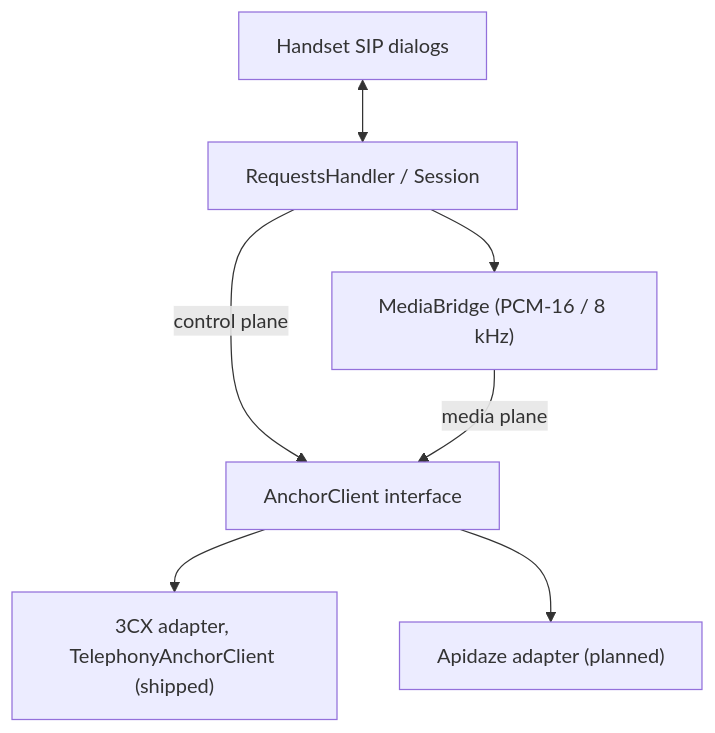
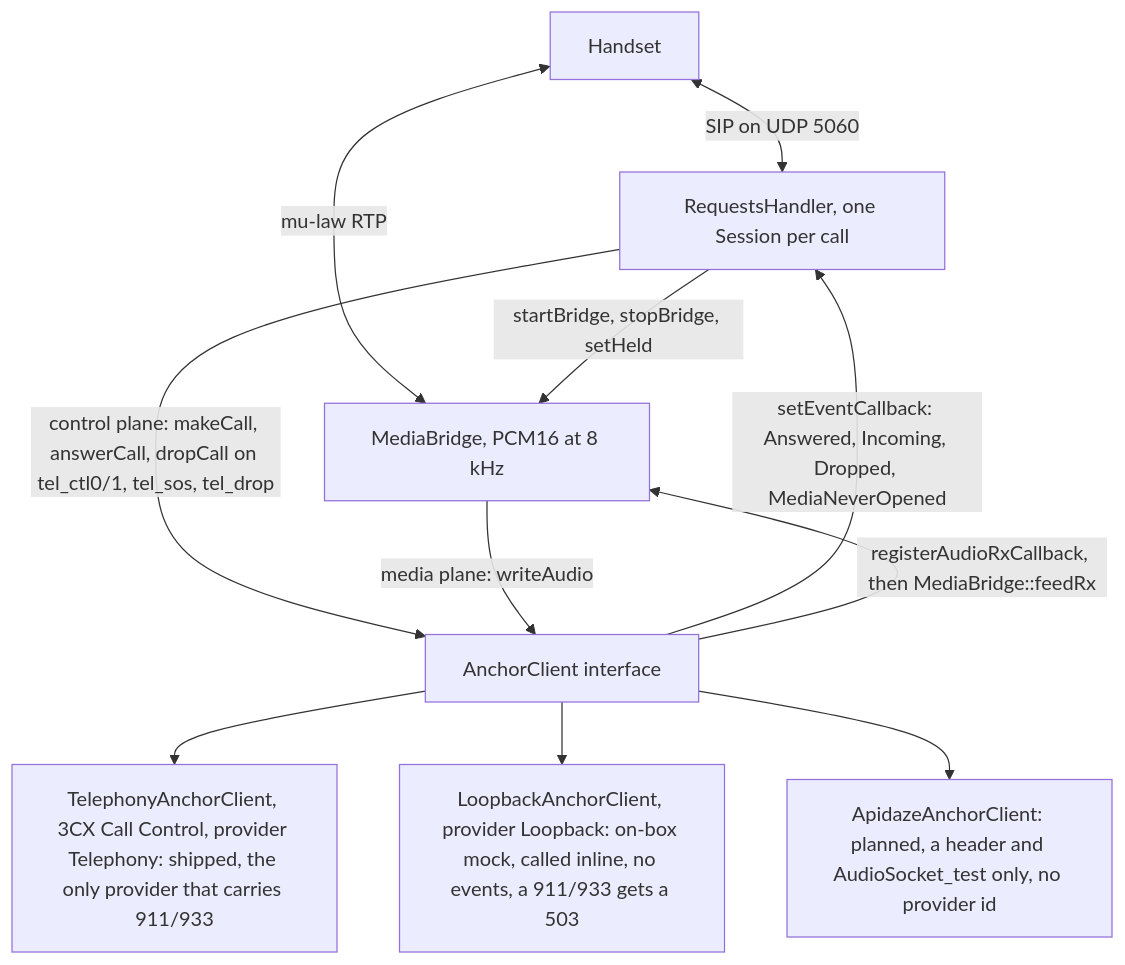
The diagram in docs/ADR-002-PROGRAMMABLE-MEDIA-ANCHOR.md (GlomarGadaffi/pocket-dial), drawn with Mermaid before and after one commit. The commit also changed 29 other files, not shown here.

First line of the commit message:
docs: make the Mermaid diagrams exact against main (#1105)

````diff
--- a/docs/ADR-002-PROGRAMMABLE-MEDIA-ANCHOR.md
+++ b/docs/ADR-002-PROGRAMMABLE-MEDIA-ANCHOR.md
@@ -28,9 +28,13 @@
 ```mermaid
 flowchart TD
-    handset["Handset SIP dialogs"] <--> session["RequestsHandler / Session"]
-    session -->|"control plane"| iface["AnchorClient interface"]
-    session --> bridge["MediaBridge (PCM-16 / 8 kHz)"]
-    bridge -->|"media plane"| iface
-    iface --> threecx["3CX adapter, TelephonyAnchorClient (shipped)"]
-    iface --> apidaze["Apidaze adapter (planned)"]
+    handset["Handset"] <-->|"SIP on UDP 5060"| session["RequestsHandler, one Session per call"]
+    handset <-->|"mu-law RTP"| bridge["MediaBridge, PCM16 at 8 kHz"]
+    session -->|"startBridge, stopBridge, setHeld"| bridge
+    session -->|"control plane: makeCall, answerCall, dropCall on tel_ctl0/1, tel_sos, tel_drop"| iface["AnchorClient interface"]
+    iface -->|"setEventCallback: Answered, Incoming, Dropped, MediaNeverOpened"| session
+    bridge -->|"media plane: writeAudio"| iface
+    iface -->|"registerAudioRxCallback, then MediaBridge::feedRx"| bridge
+    iface --> threecx["TelephonyAnchorClient, 3CX Call Control, provider Telephony: shipped, the only provider that carries 911/933"]
+    iface --> loopback["LoopbackAnchorClient, provider Loopback: on-box mock, called inline, no events, a 911/933 gets a 503"]
+    iface --> apidaze["ApidazeAnchorClient: planned, a header and AudioSocket_test only, no provider id"]
 ```
````
